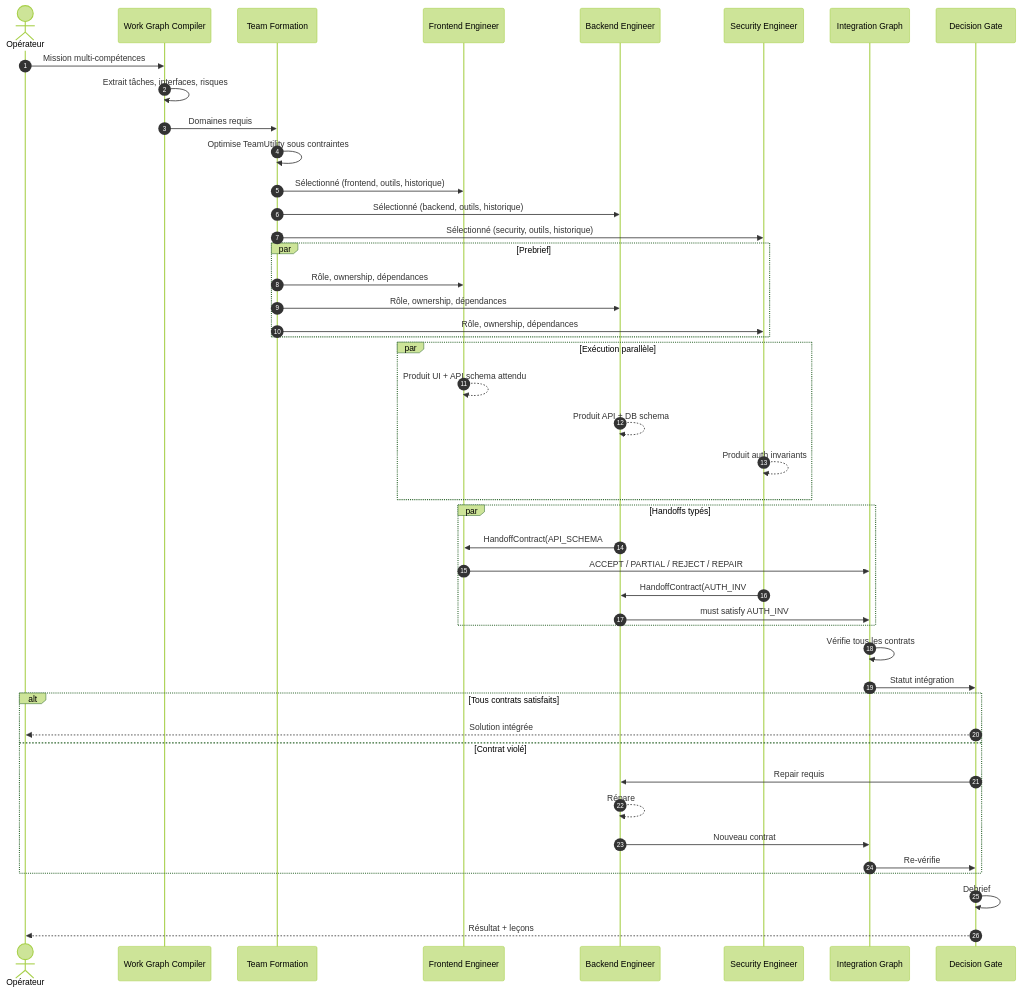
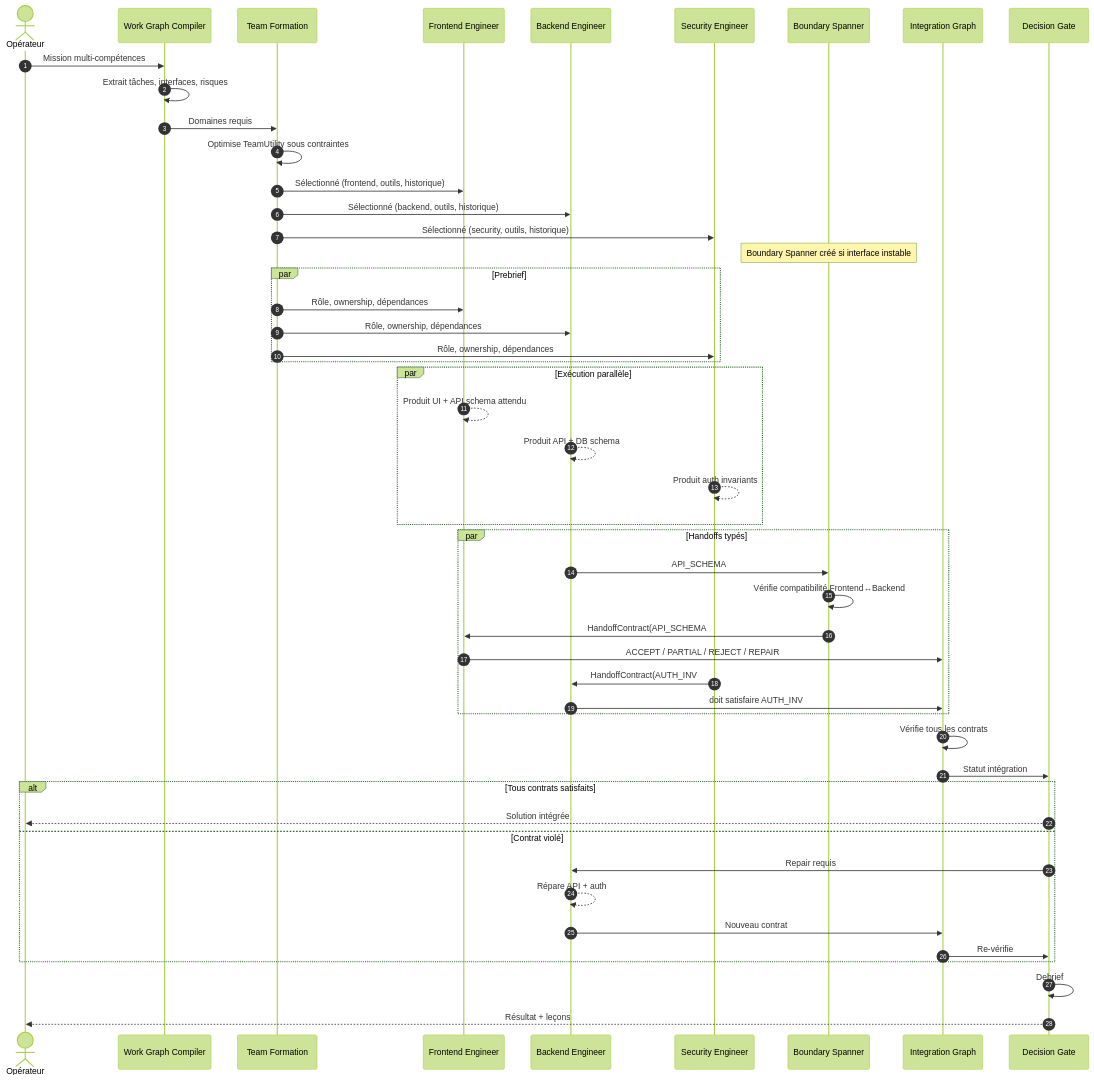
One commit to PISSARAW/GenOS changed the second of 6 diagrams in docs/02-orchestration/topologies/a-team.md. Above: the diagram before and after it, drawn with Mermaid (forest theme). The commit also changed other lines of this file and 4 other files, not shown here.

````diff
--- a/docs/02-orchestration/topologies/a-team.md
+++ b/docs/02-orchestration/topologies/a-team.md
@@ -935,55 +1137,60 @@
 ```mermaid
 sequenceDiagram
     autonumber
     actor User as Opérateur
     participant Compiler as Work Graph Compiler
     participant Formation as Team Formation
-    participant A as Frontend Engineer
-    participant B as Backend Engineer
-    participant C as Security Engineer
-    participant I as Integration Graph
+    participant FE as Frontend Engineer
+    participant BE as Backend Engineer
+    participant SEC as Security Engineer
+    participant BS as Boundary Spanner
+    participant IG as Integration Graph
     participant DG as Decision Gate
 
     User->>Compiler: Mission multi-compétences
     Compiler->>Compiler: Extrait tâches, interfaces, risques
     Compiler->>Formation: Domaines requis
 
     Formation->>Formation: Optimise TeamUtility sous contraintes
-    Formation->>A: Sélectionné (frontend, outils, historique)
-    Formation->>B: Sélectionné (backend, outils, historique)
-    Formation->>C: Sélectionné (security, outils, historique)
+    Formation->>FE: Sélectionné (frontend, outils, historique)
+    Formation->>BE: Sélectionné (backend, outils, historique)
+    Formation->>SEC: Sélectionné (security, outils, historique)
+
+    Note over BS: Boundary Spanner créé si interface instable
 
     par Prebrief
-        Formation->>A: Rôle, ownership, dépendances
-        Formation->>B: Rôle, ownership, dépendances
-        Formation->>C: Rôle, ownership, dépendances
+        Formation->>FE: Rôle, ownership, dépendances
+        Formation->>BE: Rôle, ownership, dépendances
+        Formation->>SEC: Rôle, ownership, dépendances
     end
 
     par Exécution parallèle
-        A-->>A: Produit UI + API schema attendu
-        B-->>B: Produit API + DB schema
-        C-->>C: Produit auth invariants
+        FE-->>FE: Produit UI + API schema attendu
+        BE-->>BE: Produit API + DB schema
+        SEC-->>SEC: Produit auth invariants
     end
 
     par Handoffs typés
-        B->>A: HandoffContract(API_SCHEMA#12)
-        A->>I: ACCEPT / PARTIAL / REJECT / REPAIR
-        C->>B: HandoffContract(AUTH_INV#17)
-        B->>I: must satisfy AUTH_INV#17
+        BE->>BS: API_SCHEMA#12 pour validation
+        BS->>BS: Vérifie compatibilité Frontend↔Backend
+        BS->>FE: HandoffContract(API_SCHEMA#12)
+        FE->>IG: ACCEPT / PARTIAL / REJECT / REPAIR
+        SEC->>BE: HandoffContract(AUTH_INV#17)
+        BE->>IG: doit satisfaire AUTH_INV#17
     end
 
-    I->>I: Vérifie tous les contrats
-    I->>DG: Statut intégration
+    IG->>IG: Vérifie tous les contrats
+    IG->>DG: Statut intégration
 
     alt Tous contrats satisfaits
         DG-->>User: Solution intégrée
     else Contrat violé
-        DG->>B: Repair requis
-        B-->>B: Répare
-        B->>I: Nouveau contrat
-        I->>DG: Re-vérifie
+        DG->>BE: Repair requis
+        BE-->>BE: Répare API + auth
+        BE->>IG: Nouveau contrat
+        IG->>DG: Re-vérifie
     end
 
     DG->>DG: Debrief
     DG-->>User: Résultat + leçons
 ```
````
